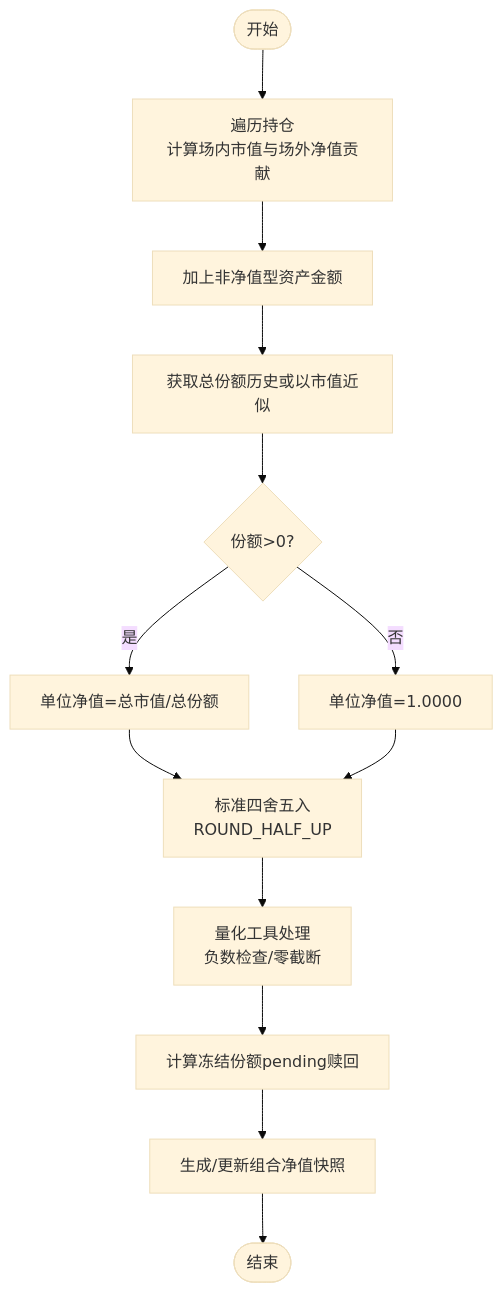
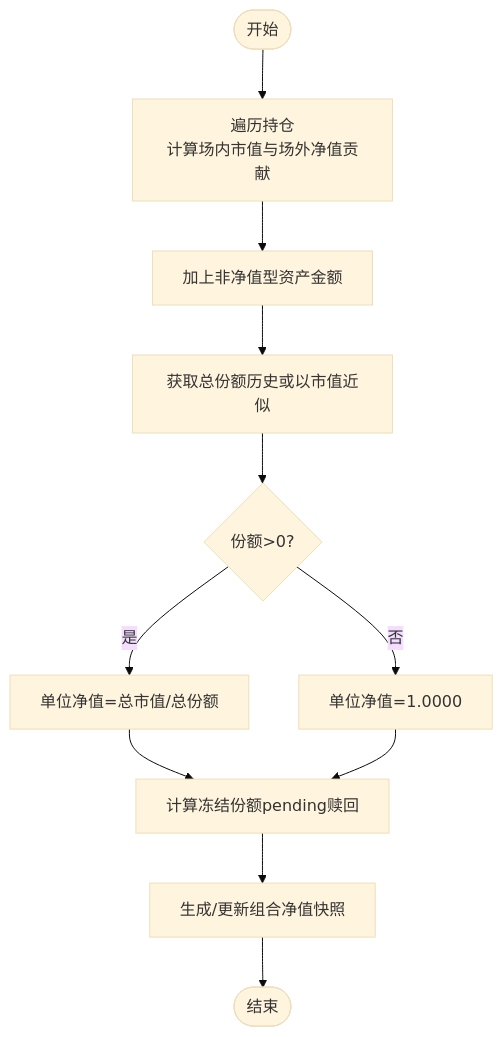
Before and after one commit to gujialind/InvestRing: the third of 8 diagrams in .qoder/repowiki/zh/content/数据库设计/核心计算公式.md, drawn with Mermaid (base theme). The commit also changed other lines of this file and 65 other files, not shown here.

````diff
--- a/.qoder/repowiki/zh/content/数据库设计/核心计算公式.md
+++ b/.qoder/repowiki/zh/content/数据库设计/核心计算公式.md
@@ -196,15 +166,13 @@
 ```mermaid
 flowchart TD
 Start(["开始"]) --> SumPos["遍历持仓<br/>计算场内市值与场外净值贡献"]
 SumPos --> CashAmt["加上非净值型资产金额"]
 CashAmt --> Shares["获取总份额历史或以市值近似"]
 Shares --> UnitPrice{"份额>0?"}
 UnitPrice --> |是| CalcUnit["单位净值=总市值/总份额"]
 UnitPrice --> |否| DefaultUnit["单位净值=1.0000"]
-CalcUnit --> RoundUp["标准四舍五入<br/>ROUND_HALF_UP"]
-DefaultUnit --> RoundUp
-RoundUp --> QuantCheck["量化工具处理<br/>负数检查/零截断"]
-QuantCheck --> Freeze["计算冻结份额pending赎回"]
+CalcUnit --> Freeze["计算冻结份额pending赎回"]
+DefaultUnit --> Freeze
 Freeze --> Snapshot["生成/更新组合净值快照"]
 Snapshot --> End(["结束"])
 ```
````
